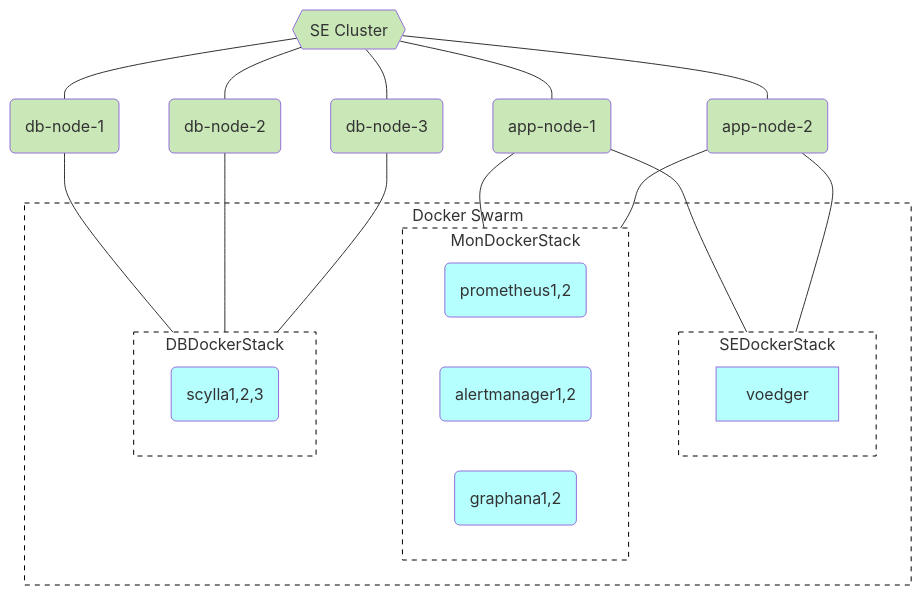
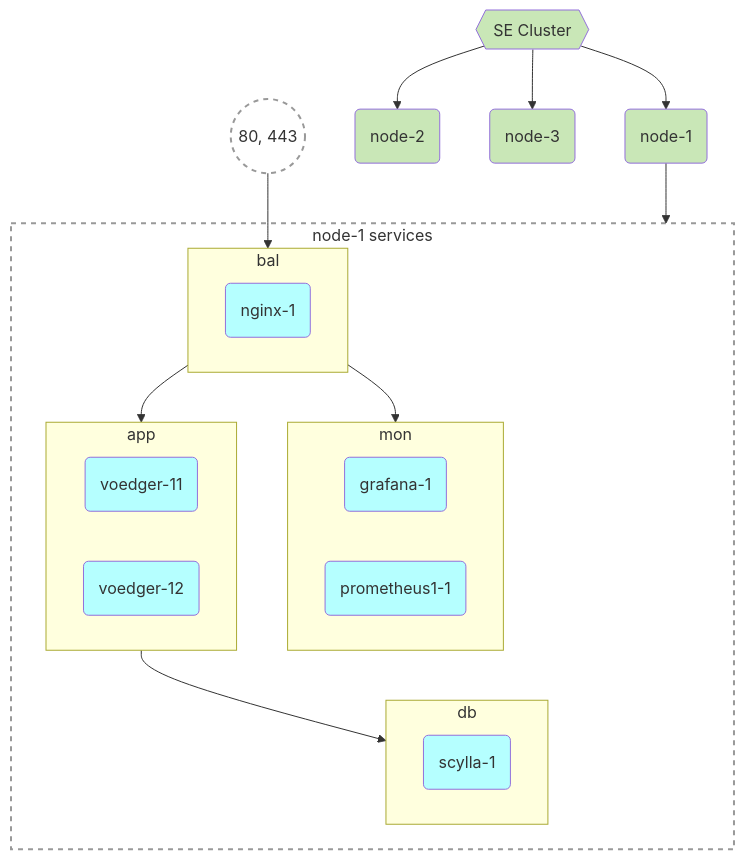
One commit to voedger/voedger-internals changed the diagram in concepts/editions/se.md. Above: the diagram before and after it, drawn with Mermaid. The commit also changed other lines of this file and 2 other files, not shown here.

Commit message:
Add Standart Edition documentation and update existing SE details

````diff
--- a/concepts/editions/se.md
+++ b/concepts/editions/se.md
@@ -22,52 +20,51 @@
 ```mermaid
-  flowchart TD
+  graph TD
+
+
+  %% Entities
 
   SECluster{{SE Cluster}}:::H
-  AppNode1("app-node-1"):::H
-  AppNode2("app-node-2"):::H
-  DBNode1("db-node-1"):::H
-  DBNode2("db-node-2"):::H
-  DBNode3("db-node-3"):::H
+  Node1("node-1"):::H
+  Node2("node-2"):::H
+  Node3("node-3"):::H
 
-  DockerSwarm:::G
-  subgraph DockerSwarm["Docker Swarm"]
-    SEDockerStack:::G
-    
-    subgraph SEDockerStack
-      voedger:::S
+  Ports1(("80, 443")):::G
+
+  Node1Services:::G
+  subgraph Node1Services[node-1 services]
+
+    subgraph bal
+      nginx1("nginx-1"):::S
     end
-
-    MonDockerStack("Monitoring Docker Stack"):::G
-    subgraph MonDockerStack
-      prometheus("prometheus1,2"):::S
-      alertmanager("alertmanager1,2"):::S
-      graphana("graphana1,2"):::S
+    subgraph mon
+      grafana1("grafana-1"):::S
+      prometheus1("prometheus1-1"):::S
     end
-
-    DBDockerStack("DB Docker Stack"):::G
-    subgraph DBDockerStack
-      scylla("scylla1,2,3"):::S
+    subgraph app
+      voedger11("voedger-11"):::S
+      voedger12("voedger-12"):::S
     end
+    subgraph db
+      scylla1("scylla-1"):::S
+    end
+    bal --> mon
+    bal --> app
+    app --> db
   end
 
-  SECluster --- AppNode1
-  SECluster --- AppNode2
-  SECluster --- DBNode1
-  SECluster --- DBNode2
-  SECluster --- DBNode3
+  %% Relations
 
-  AppNode1 --- SEDockerStack
-  AppNode2 --- SEDockerStack
-  AppNode1 --- MonDockerStack
-  AppNode2 --- MonDockerStack
-
-  DBNode1 --- DBDockerStack
-  DBNode2 --- DBDockerStack
-  DBNode3 --- DBDockerStack
+  Ports1  --> bal
 
 
-  classDef G fill:#FFFFFF,stroke:#000000, stroke-width:1px, stroke-dasharray: 5 5
+  SECluster --> Node1
+  SECluster --> Node2
+  SECluster --> Node3
+
+  Node1 ----> Node1Services
+
   classDef B fill:#FFFFB5,color:#333
-  classDef S fill:#B5FFFF
-  classDef H fill:#C9E7B7
+  classDef S fill:#B5FFFF,color:#333
+  classDef H fill:#C9E7B7,color:#333
+  classDef G fill:#ffffff15, stroke:#999, stroke-width:2px, stroke-dasharray: 5 5
 ```
````
